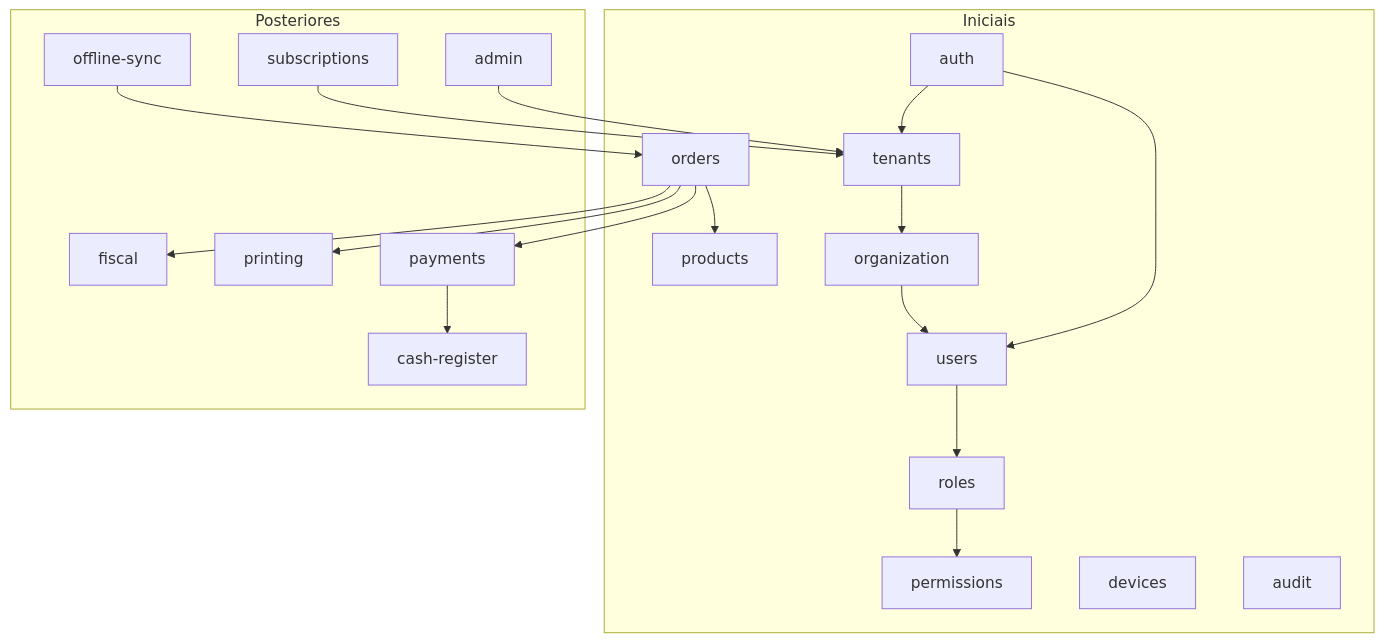
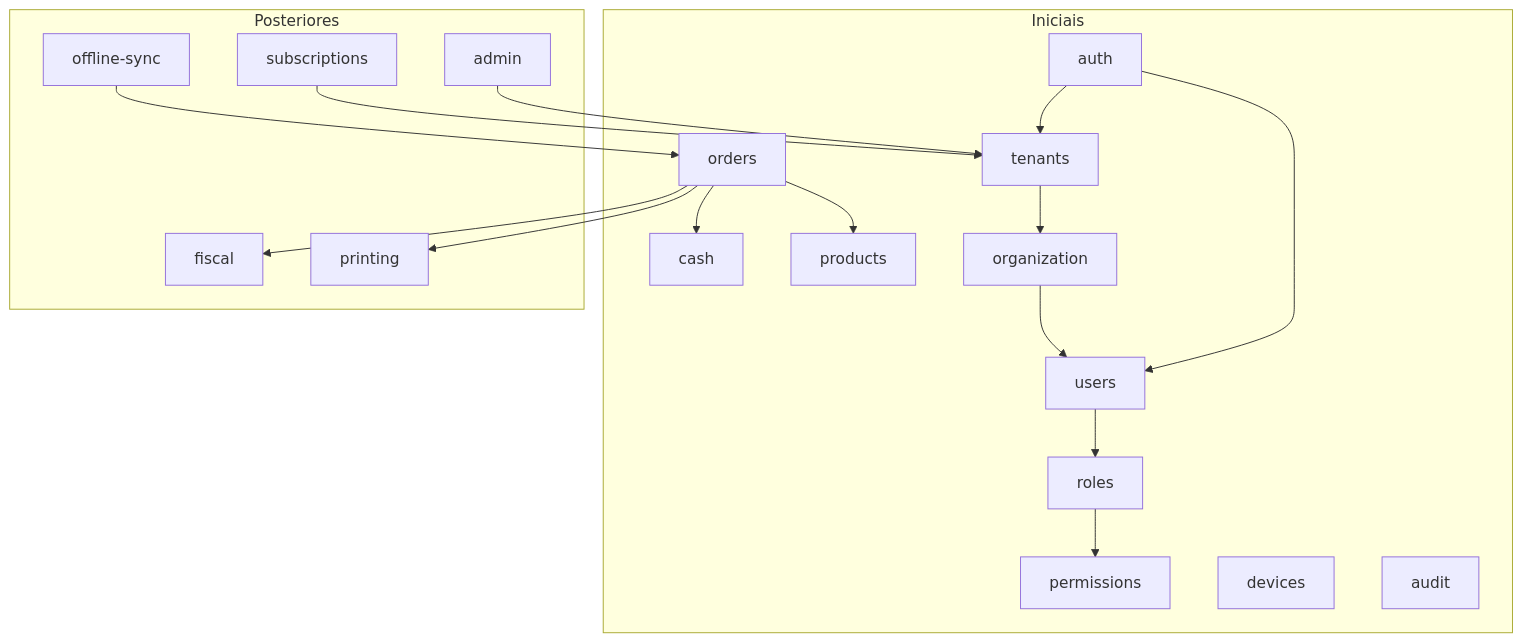
Before and after one commit to vieira-security/erp-saas-multi-tenant: the second of 2 diagrams in docs/architecture.md, drawn with Mermaid. The commit also changed other lines of this file and 4 other files, not shown here.

First line of the commit message:
docs: record the M6 cash and payment schema, financial triggers, M5 adjustment and rules

````diff
--- a/docs/architecture.md
+++ b/docs/architecture.md
@@ -104,22 +105,22 @@
 ```mermaid
 flowchart TD
   subgraph Iniciais
     auth --> users
     auth --> tenants
     tenants --> organization
     organization --> users
     users --> roles --> permissions
     devices
     audit
     products
     orders --> products
+    orders --> cash
   end
   subgraph Posteriores
-    orders --> payments --> cash-register
     orders --> printing
     orders --> fiscal
     offline-sync --> orders
     subscriptions --> tenants
     admin --> tenants
   end
 ```
````
